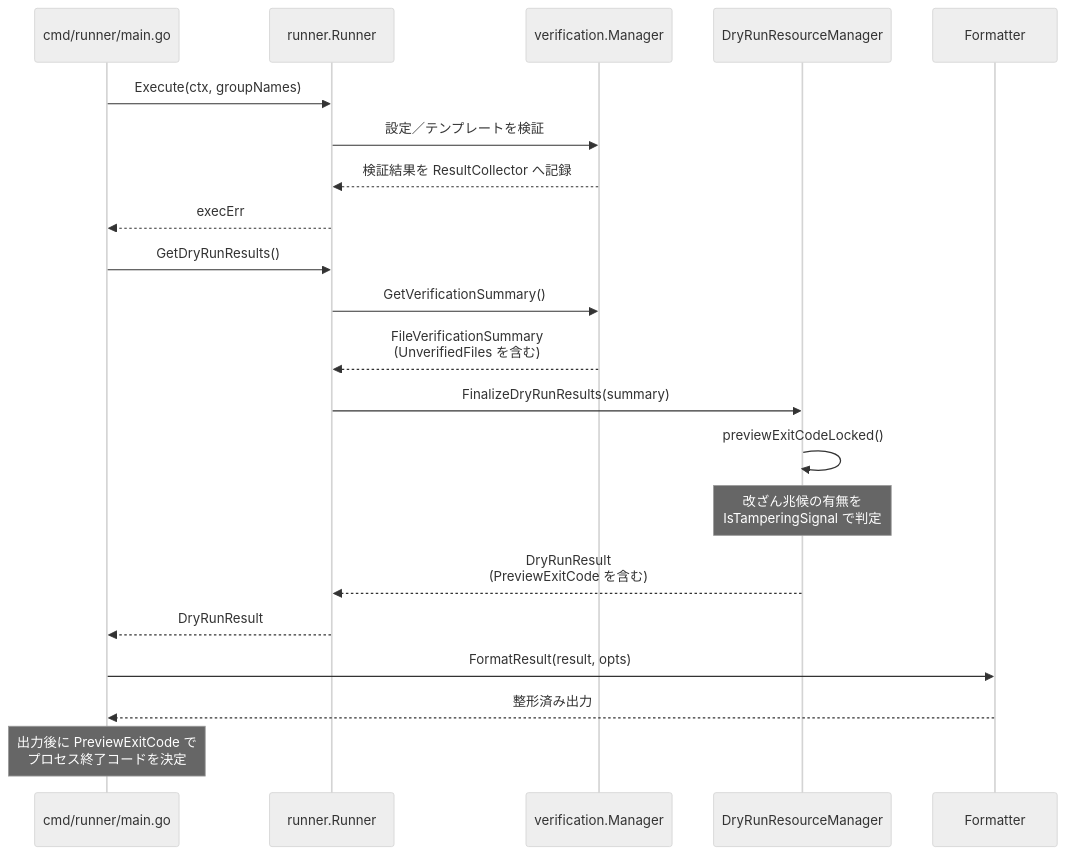
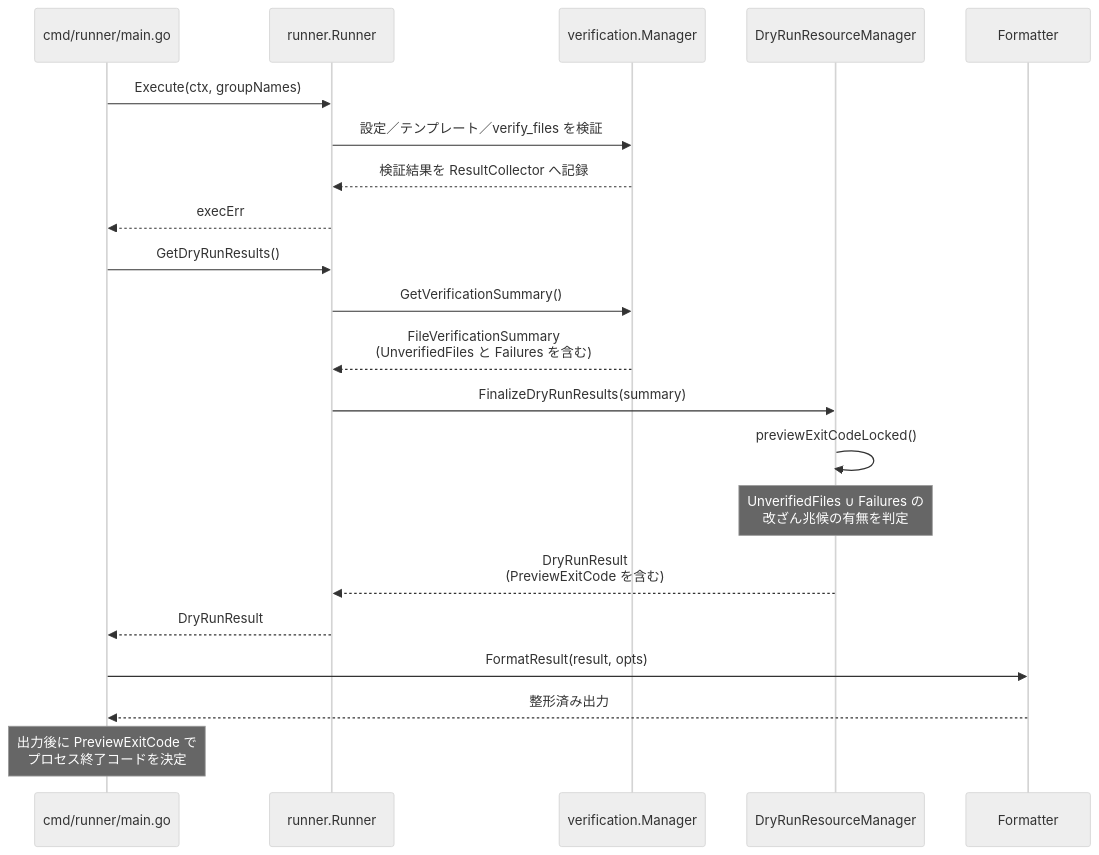
Before and after one commit to isseis/go-safe-cmd-runner: the fourth of 7 diagrams in docs/tasks/0147_dry_run_strict_unverified_default/02_architecture.md, drawn with Mermaid (neutral theme). The commit also changed other lines of this file and 1 other file, not shown here.

````diff
--- a/docs/tasks/0147_dry_run_strict_unverified_default/02_architecture.md
+++ b/docs/tasks/0147_dry_run_strict_unverified_default/02_architecture.md
@@ -288,26 +304,26 @@
 ```mermaid
 sequenceDiagram
     participant M as cmd/runner/main.go
     participant R as runner.Runner
     participant V as verification.Manager
     participant D as DryRunResourceManager
     participant F as Formatter
 
     M->>R: Execute(ctx, groupNames)
-    R->>V: 設定／テンプレートを検証
+    R->>V: 設定／テンプレート／verify_files を検証
     V-->>R: 検証結果を ResultCollector へ記録
     R-->>M: execErr
 
     M->>R: GetDryRunResults()
     R->>V: GetVerificationSummary()
-    V-->>R: FileVerificationSummary<br>(UnverifiedFiles を含む)
+    V-->>R: FileVerificationSummary<br>(UnverifiedFiles と Failures を含む)
     R->>D: FinalizeDryRunResults(summary)
     D->>D: previewExitCodeLocked()
-    Note over D: 改ざん兆候の有無を<br>IsTamperingSignal で判定
+    Note over D: UnverifiedFiles ∪ Failures の<br>改ざん兆候の有無を判定
     D-->>R: DryRunResult<br>(PreviewExitCode を含む)
     R-->>M: DryRunResult
 
     M->>F: FormatResult(result, opts)
     F-->>M: 整形済み出力
     Note over M: 出力後に PreviewExitCode で<br>プロセス終了コードを決定
 ```
````
